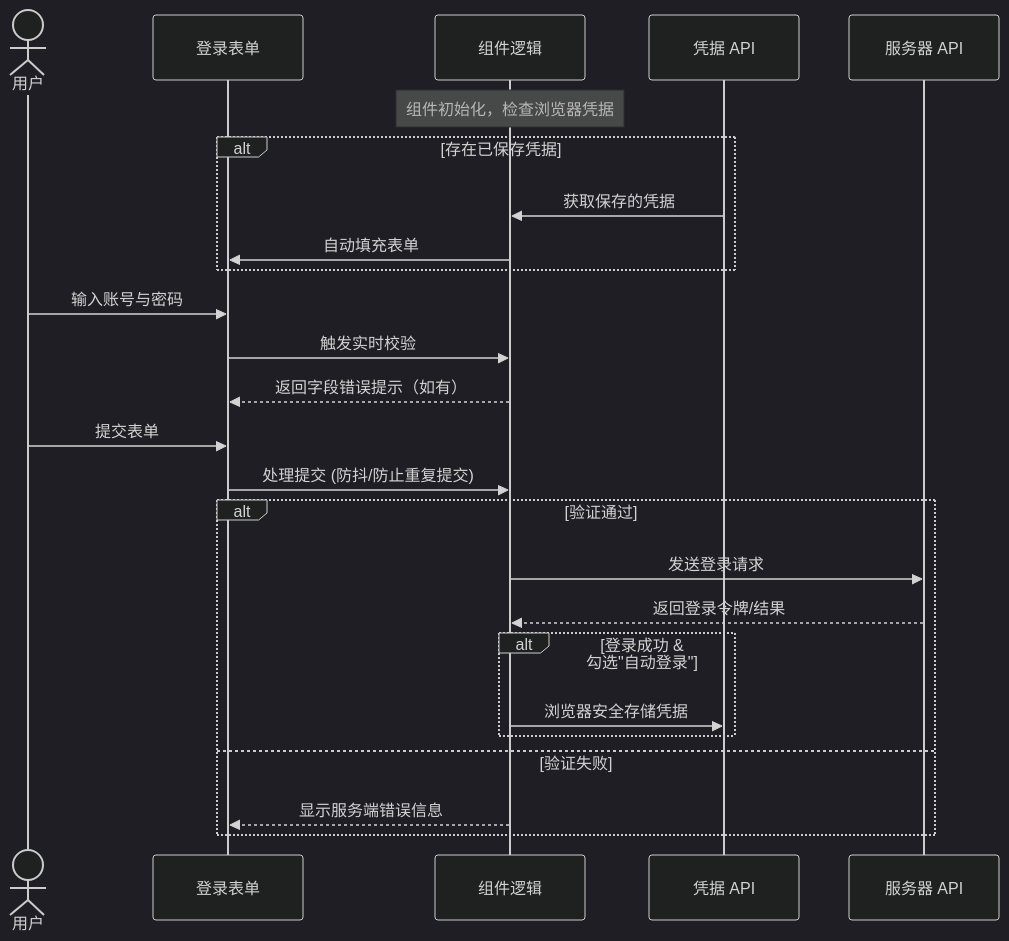
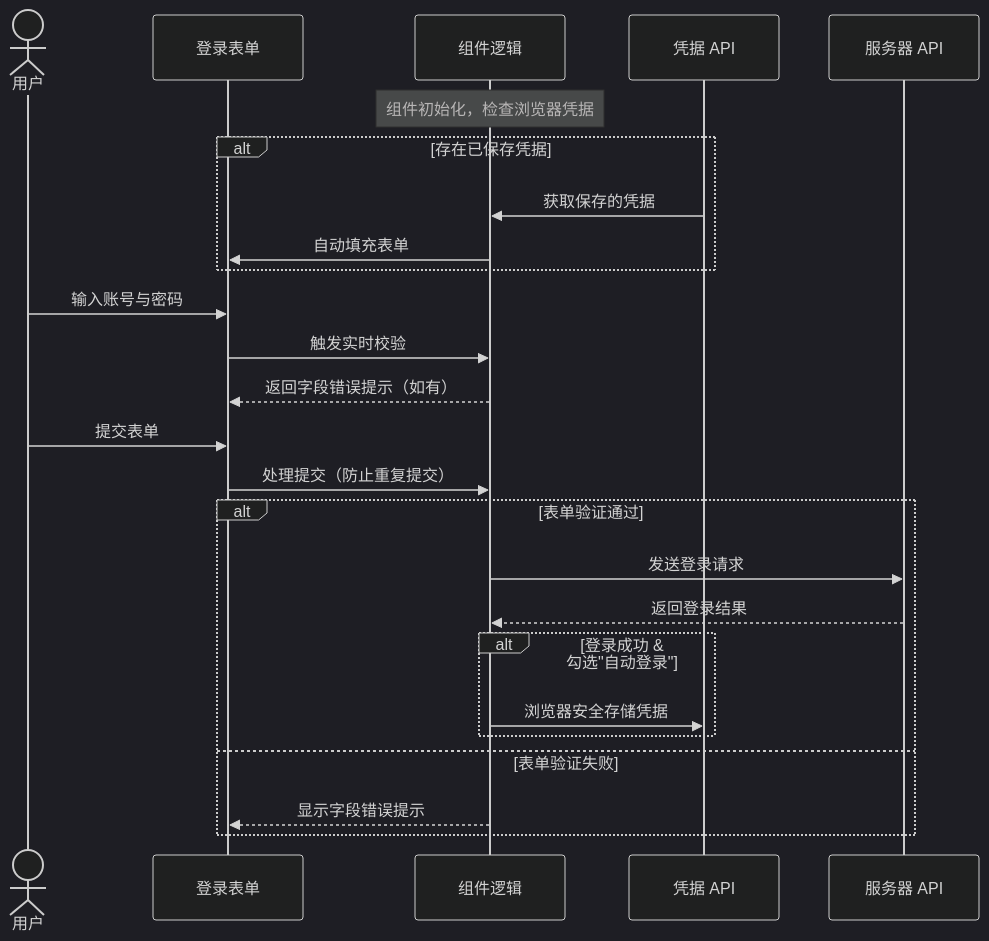
The diagram in docs/features/authentication/password/README.md (weihongyu12/web), drawn with Mermaid (dark theme) before and after one commit. The commit also changed other lines of this file and 13 other files, not shown here.

````diff
--- a/docs/features/authentication/password/README.md
+++ b/docs/features/authentication/password/README.md
@@ -31,33 +31,33 @@
 ```mermaid
 sequenceDiagram
     actor User as 用户
     participant UI as 登录表单
     participant Form as 组件逻辑
     participant CredAPI as 凭据 API
     participant Server as 服务器 API
 
     Note over Form: 组件初始化，检查浏览器凭据
 
     alt 存在已保存凭据
         CredAPI->>Form: 获取保存的凭据
         Form->>UI: 自动填充表单
     end
 
     User->>UI: 输入账号与密码
     UI->>Form: 触发实时校验
     Form-->>UI: 返回字段错误提示（如有）
 
     User->>UI: 提交表单
-    UI->>Form: 处理提交 (防抖/防止重复提交)
+    UI->>Form: 处理提交（防止重复提交）
     
-    alt 验证通过
+    alt 表单验证通过
         Form->>Server: 发送登录请求
-        Server-->>Form: 返回登录令牌/结果
-        
+        Server-->>Form: 返回登录结果
+
         alt 登录成功 & 勾选"自动登录"
             Form->>CredAPI: 浏览器安全存储凭据
         end
-    else 验证失败
-        Form-->>UI: 显示服务端错误信息
+    else 表单验证失败
+        Form-->>UI: 显示字段错误提示
     end
 ```
````
